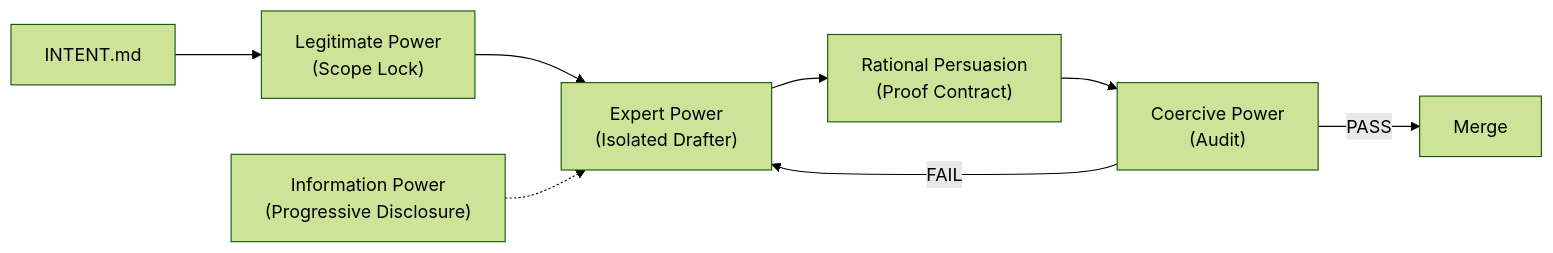
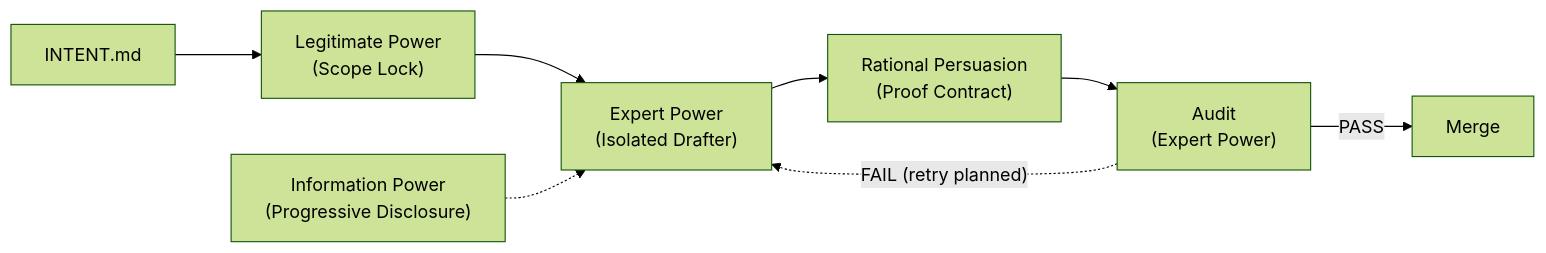
Before and after one commit to threelittlerunes/yukl-os: the first of 2 diagrams in README.md, drawn with Mermaid (forest theme). The commit also changed other lines of this file and 5 other files, not shown here.

````diff
--- a/README.md
+++ b/README.md
@@ -21,10 +21,10 @@
 ```mermaid
 flowchart LR
     A["INTENT.md"] --> B["Legitimate Power\n(Scope Lock)"]
     B --> C["Expert Power\n(Isolated Drafter)"]
     C --> D["Rational Persuasion\n(Proof Contract)"]
-    D --> E["Coercive Power\n(Audit)"]
+    D --> E["Audit\n(Expert Power)"]
     E -->|PASS| F["Merge"]
-    E -->|FAIL| C
+    E -. "FAIL (retry planned)" .-> C
     G["Information Power\n(Progressive Disclosure)"] -.-> C
 ```
````
